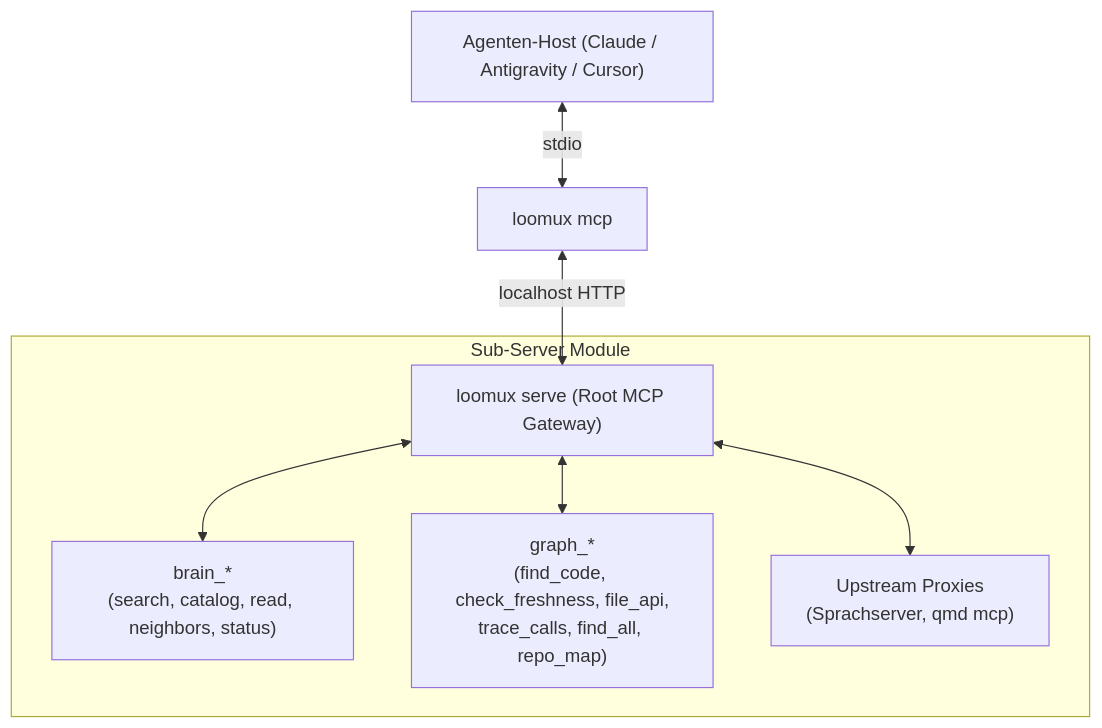
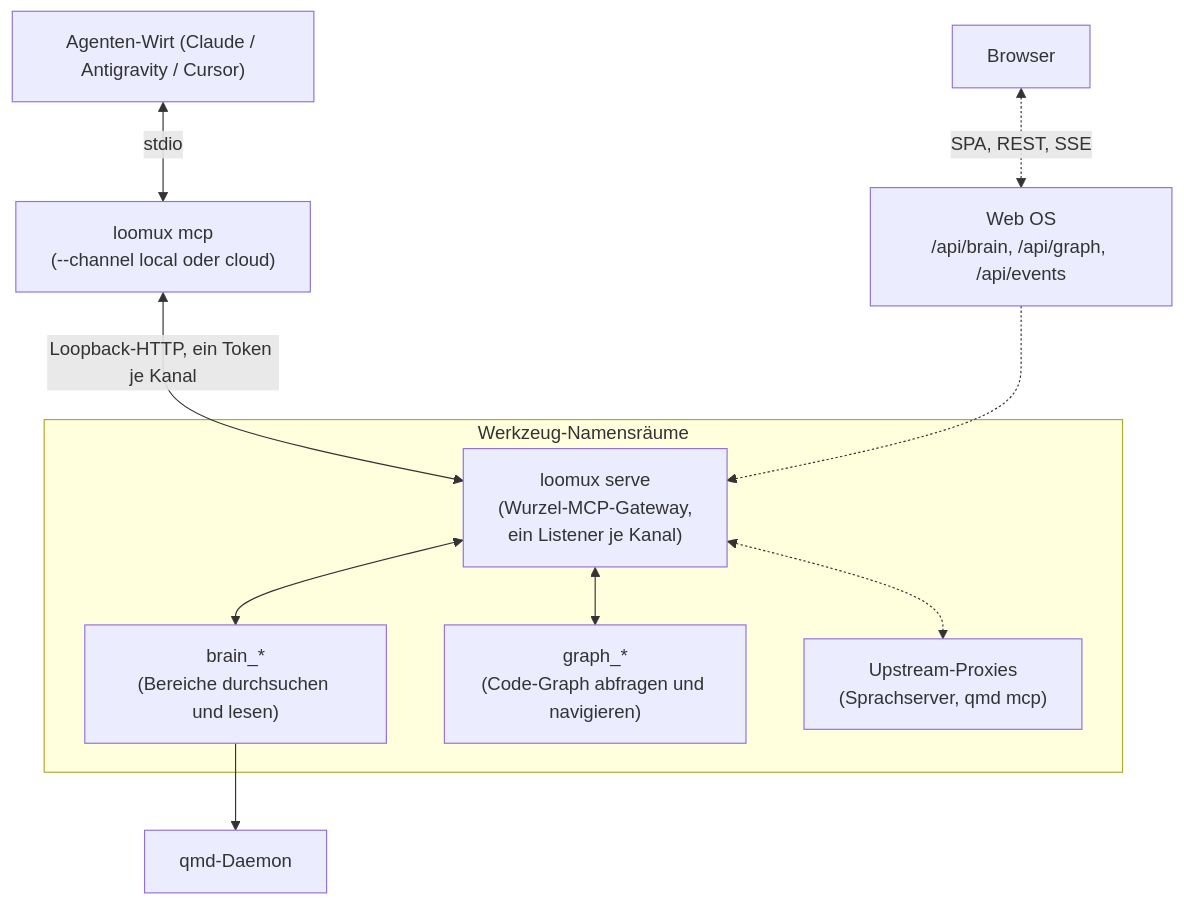
The third of 3 diagrams in README.de.md (xidus90/loomux), drawn with Mermaid before and after one commit. The commit also changed other lines of this file and 9 other files, not shown here.

````diff
--- a/README.de.md
+++ b/README.de.md
@@ -96,11 +113,14 @@
 ```mermaid
 flowchart TD
-    Host["Agenten-Host (Claude / Antigravity / Cursor)"] <--> |stdio| Bridge["loomux mcp"]
-    Bridge <--> |localhost HTTP| Root["loomux serve (Root MCP Gateway)"]
-    
-    subgraph Namespaces["Sub-Server Module"]
-        Root <--> Brain["brain_*<br/>(search, catalog, read, neighbors, status)"]
-        Root <--> Graph["graph_*<br/>(find_code, check_freshness, file_api,<br/>trace_calls, find_all, repo_map)"]
-        Root <--> Upstreams["Upstream Proxies<br/>(Sprachserver, qmd mcp)"]
+    Host["Agenten-Wirt (Claude / Antigravity / Cursor)"] <--> |"stdio"| Bridge["loomux mcp<br/>(--channel local oder cloud)"]
+    Bridge <--> |"Loopback-HTTP, ein Token je Kanal"| Root["loomux serve<br/>(Wurzel-MCP-Gateway,<br/>ein Listener je Kanal)"]
+    Browser["Browser"] <-.-> |"SPA, REST, SSE"| Web["Web OS<br/>/api/brain, /api/graph, /api/events"]
+    Web -.-> Root
+
+    subgraph Namespaces["Werkzeug-Namensräume"]
+        Root <--> Brain["brain_*<br/>(Bereiche durchsuchen und lesen)"]
+        Root <--> Graph["graph_*<br/>(Code-Graph abfragen und navigieren)"]
+        Root <-.-> Upstreams["Upstream-Proxies<br/>(Sprachserver, qmd mcp)"]
     end
+    Brain --> Qmd["qmd-Daemon"]
 ```
````
